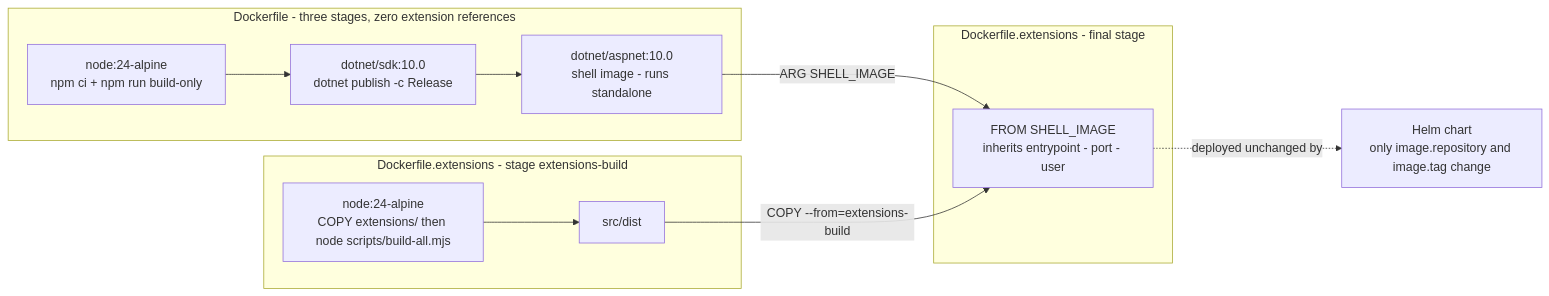
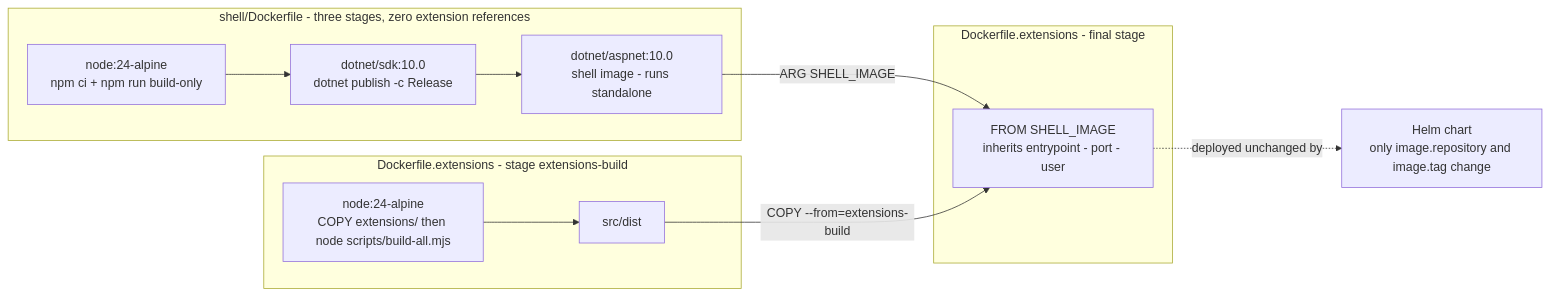
Before and after one commit to hbeaster/extension-shell: the fourth of 5 diagrams in docs/architecture/004-extension-platform.md, drawn with Mermaid. The commit also changed other lines of this file and 74 other files, not shown here.

````diff
--- a/docs/architecture/004-extension-platform.md
+++ b/docs/architecture/004-extension-platform.md
@@ -201,16 +201,16 @@
 ```mermaid
 flowchart LR
-    subgraph shellBuild [Dockerfile - three stages, zero extension references]
+    subgraph shellBuild [shell/Dockerfile - three stages, zero extension references]
         FE[node:24-alpine<br/>npm ci + npm run build-only] --> SB[dotnet/sdk:10.0<br/>dotnet publish -c Release]
         SB --> SI[dotnet/aspnet:10.0<br/>shell image - runs standalone]
     end
     subgraph extBuild [Dockerfile.extensions - stage extensions-build]
         EB[node:24-alpine<br/>COPY extensions/ then node scripts/build-all.mjs] --> ED[src/dist]
     end
     subgraph extImg [Dockerfile.extensions - final stage]
         FI[FROM SHELL_IMAGE<br/>inherits entrypoint - port - user]
     end
     SI -->|ARG SHELL_IMAGE| FI
     ED -->|COPY --from=extensions-build| FI
     FI -.deployed unchanged by.-> H[Helm chart<br/>only image.repository and image.tag change]
 ```
````
